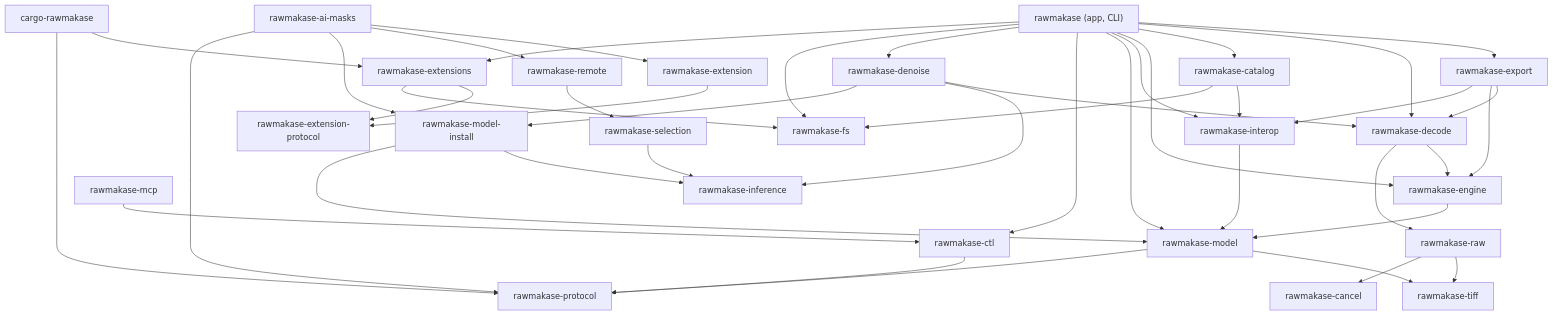
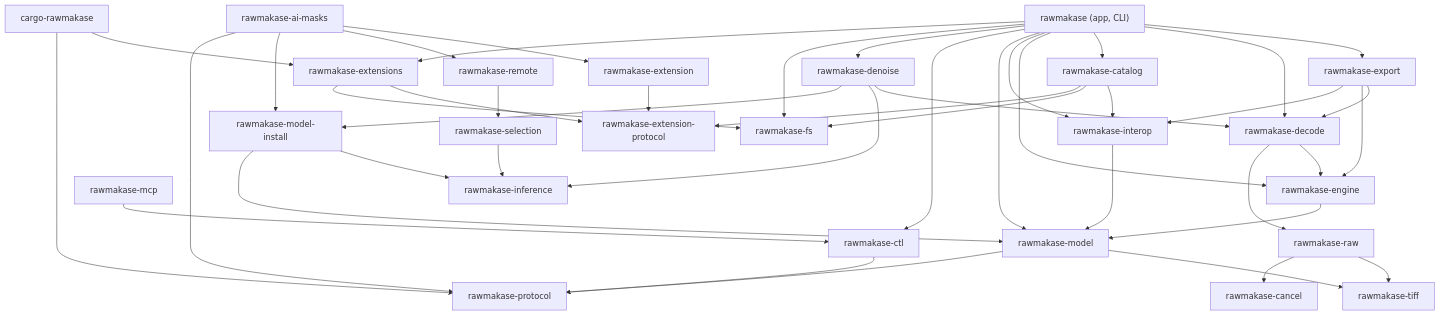
Before and after one commit to pch/rawmakase: the diagram in docs/architecture.md, drawn with Mermaid. The commit also changed other lines of this file and 52 other files, not shown here.

````diff
--- a/docs/architecture.md
+++ b/docs/architecture.md
@@ -15,47 +15,47 @@
 ```mermaid
 flowchart TD
     app["rawmakase (app, CLI)"]
     export[rawmakase-export]
     decode[rawmakase-decode]
     catalog[rawmakase-catalog]
     engine[rawmakase-engine]
     interop[rawmakase-interop]
     model[rawmakase-model]
     raw[rawmakase-raw]
     tiff[rawmakase-tiff]
     cancel[rawmakase-cancel]
     fs[rawmakase-fs]
     protocol[rawmakase-protocol]
     ctl[rawmakase-ctl]
     mcp[rawmakase-mcp]
     remote[rawmakase-remote]
     inference[rawmakase-inference]
     selection[rawmakase-selection]
     modelinstall[rawmakase-model-install]
     denoise[rawmakase-denoise]
     aimasks[rawmakase-ai-masks]
     exthost[rawmakase-extensions]
     extprotocol[rawmakase-extension-protocol]
     sdk[rawmakase-extension]
     cargoext[cargo-rawmakase]
 
     app --> export & decode & catalog & engine & interop & model
     app --> ctl & denoise & fs & exthost
     denoise --> decode & inference & modelinstall
     export --> decode & engine & interop
     decode --> engine & raw
-    catalog --> interop & fs
+    catalog --> interop & fs & extprotocol
     engine --> model
     interop --> model
     model --> tiff & protocol
     raw --> tiff & cancel
     ctl --> protocol
     mcp --> ctl
     remote --> selection
     selection --> inference
     modelinstall --> inference & model
     aimasks --> sdk & remote & modelinstall & protocol
     exthost --> extprotocol & fs
     sdk --> extprotocol
     cargoext --> exthost & protocol
 ```
````
